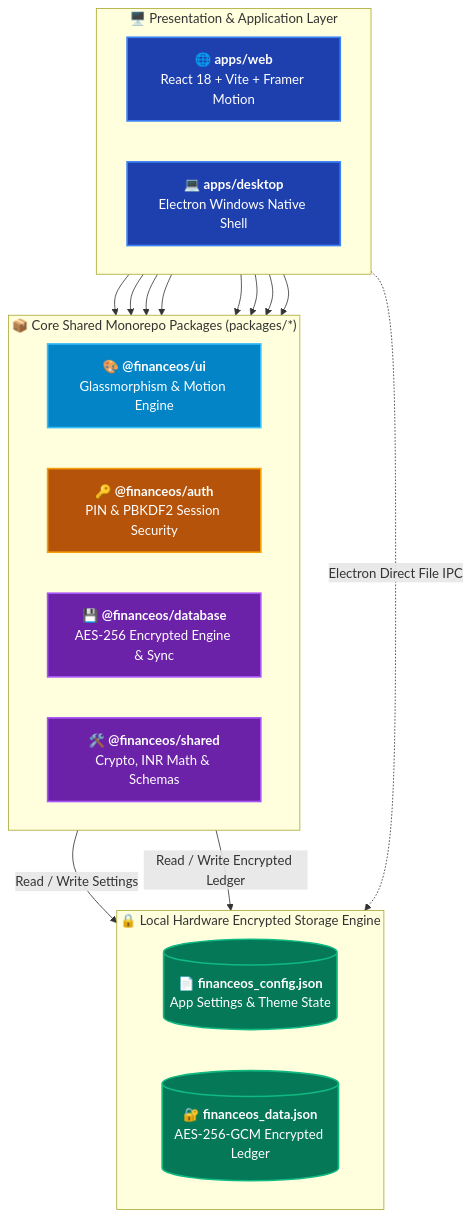
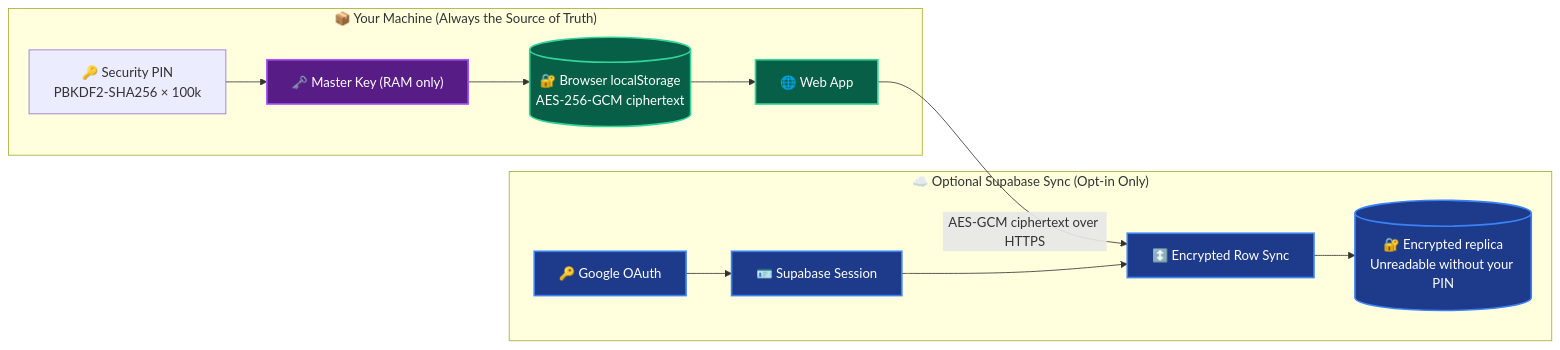
One commit to AnuroopSrivastava/MyFinanceOS changed the first of 3 diagrams in README.md. Above: the diagram before and after it, drawn with Mermaid. The commit also changed other lines of this file and 526 other files, not shown here.

Commit message:
feat: Next.js App Router migration, Supabase backend integration, UI component system & comprehensive test suite

````diff
--- a/README.md
+++ b/README.md
@@ -102,44 +149,19 @@
 ```mermaid
-flowchart TD
-    classDef client fill:#1e40af,stroke:#3b82f6,stroke-width:2px,color:#fff;
-    classDef uiSys fill:#0284c7,stroke:#38bdf8,stroke-width:2px,color:#fff;
-    classDef corePkg fill:#6b21a8,stroke:#a855f7,stroke-width:2px,color:#fff;
-    classDef authPkg fill:#b45309,stroke:#f59e0b,stroke-width:2px,color:#fff;
-    classDef diskStore fill:#047857,stroke:#10b981,stroke-width:2px,color:#fff;
+flowchart LR
+    classDef local fill:#065f46,stroke:#34d399,stroke-width:2px,color:#fff;
+    classDef cloud fill:#1e3a8a,stroke:#3b82f6,stroke-width:2px,color:#fff;
+    classDef cipher fill:#581c87,stroke:#a855f7,stroke-width:2px,color:#fff;
 
-    subgraph AppLayer["🖥️ Presentation & Application Layer"]
-        direction LR
-        Web["🌐 <b>apps/web</b><br/>React 18 + Vite + Framer Motion"]:::client
-        Desktop["💻 <b>apps/desktop</b><br/>Electron Windows Native Shell"]:::client
+    subgraph Device["📦 Your Machine (Always the Source of Truth)"]
+        PIN["🔑 Security PIN<br/>PBKDF2-SHA256 × 100k"] --> KEY["🗝️ Master Key (RAM only)"]:::cipher
+        KEY --> VAULT[("🔐 Browser localStorage<br/>AES-256-GCM ciphertext")]:::local
+        VAULT --> APPS["🌐 Web App"]:::local
     end
 
-    subgraph PackageLayer["📦 Core Shared Monorepo Packages (packages/*)"]
-        direction LR
-        UI["🎨 <b>@financeos/ui</b><br/>Glassmorphism & Motion Engine"]:::uiSys
-        Auth["🔑 <b>@financeos/auth</b><br/>PIN & PBKDF2 Session Security"]:::authPkg
-        DB["💾 <b>@financeos/database</b><br/>AES-256 Encrypted Engine & Sync"]:::corePkg
-        Shared["🛠️ <b>@financeos/shared</b><br/>Crypto, INR Math & Schemas"]:::corePkg
+    subgraph Cloud["☁️ Optional Supabase Sync (Opt-in Only)"]
+        OAuth["🔑 Google OAuth"]:::cloud --> Session["🪪 Supabase Session"]:::cloud
+        APPS -->|AES-GCM ciphertext over HTTPS| Sync["↕️ Encrypted Row Sync"]:::cloud
+        Session --> Sync
+        Sync --> Remote[("🔐 Encrypted replica<br/>Unreadable without your PIN")]:::cloud
     end
-
-    subgraph StorageLayer["🔒 Local Hardware Encrypted Storage Engine"]
-        direction LR
-        ConfigFile[("📄 <b>financeos_config.json</b><br/>App Settings & Theme State")]:::diskStore
-        DataFile[("🔐 <b>financeos_data.json</b><br/>AES-256-GCM Encrypted Ledger")]:::diskStore
-    end
-
-    %% Client Layer to Packages
-    Web --> UI
-    Web --> Auth
-    Web --> DB
-    Web --> Shared
-
-    Desktop --> UI
-    Desktop --> Auth
-    Desktop --> DB
-    Desktop --> Shared
-
-    %% Package Layer to File Storage
-    DB -->|Read / Write Settings| ConfigFile
-    DB -->|Read / Write Encrypted Ledger| DataFile
-    Desktop -.->|Electron Direct File IPC| DataFile
 ```
````
